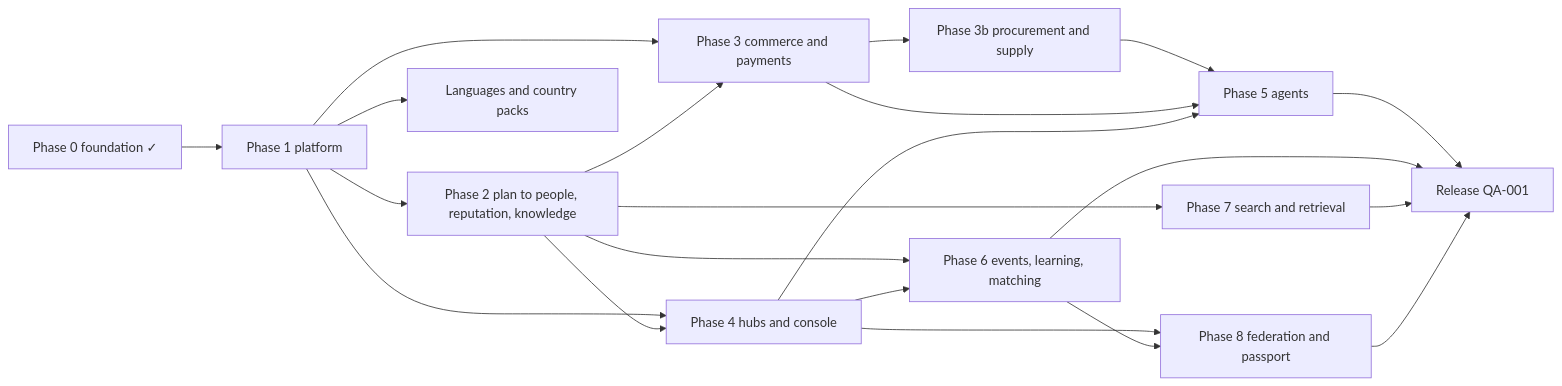
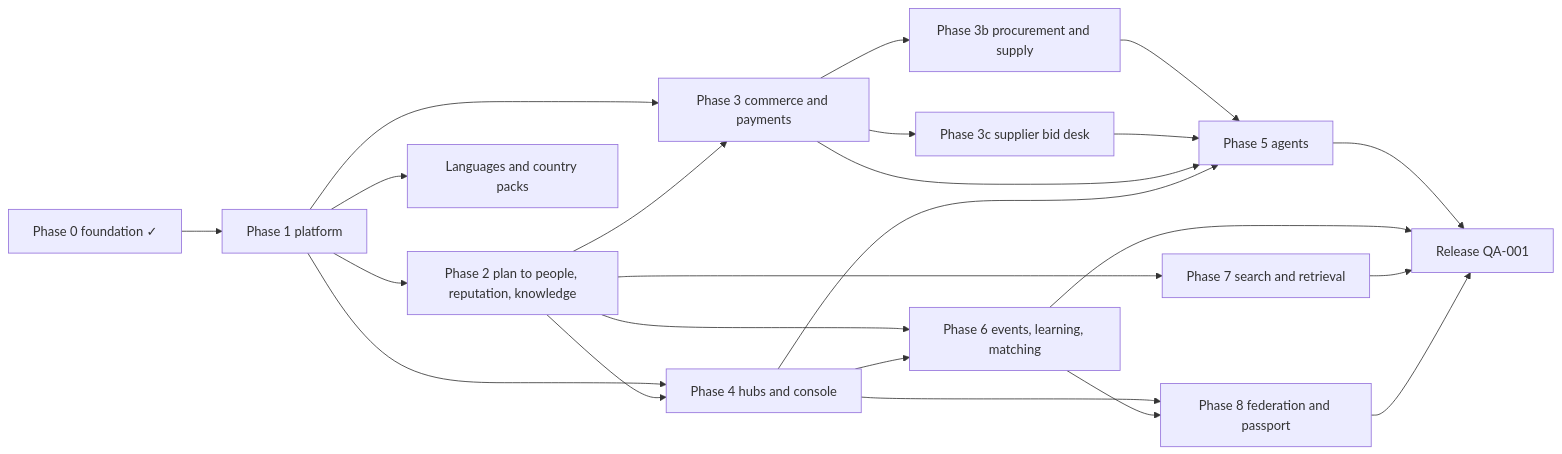
One commit to Contribuda/trustwork changed the diagram in docs/engine/roadmap.md. Above: the diagram before and after it, drawn with Mermaid. The commit also changed other lines of this file and 19 other files, not shown here.

````diff
--- a/docs/engine/roadmap.md
+++ b/docs/engine/roadmap.md
@@ -475,23 +496,25 @@
 ```mermaid
 flowchart LR
   F0[Phase 0 foundation ✓] --> P1[Phase 1 platform]
   P1 --> P2[Phase 2 plan to people, reputation, knowledge]
   P1 --> P3[Phase 3 commerce and payments]
   P2 --> P3
   P3 --> P3B[Phase 3b procurement and supply]
   P3B --> P5
+  P3 --> P3C[Phase 3c supplier bid desk]
+  P3C --> P5
   P1 --> P4[Phase 4 hubs and console]
   P2 --> P4
   P3 --> P5[Phase 5 agents]
   P4 --> P5
   P2 --> P6[Phase 6 events, learning, matching]
   P4 --> P6
   P2 --> P7[Phase 7 search and retrieval]
   P4 --> P8[Phase 8 federation and passport]
   P6 --> P8
   P5 --> R[Release QA-001]
   P6 --> R
   P7 --> R
   P8 --> R
   P1 --> INT[Languages and country packs]
 ```
````
